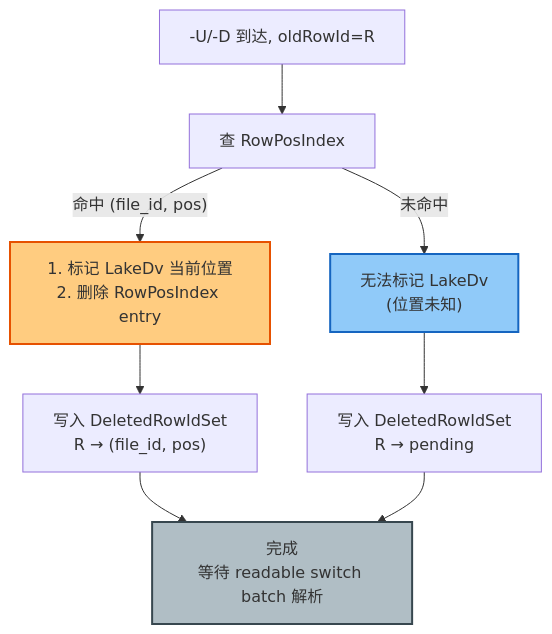
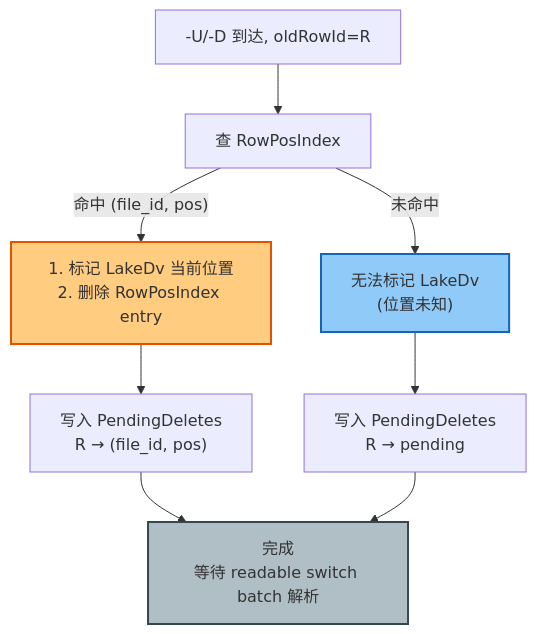
The eighth of 28 diagrams in design-doc/fluss-deletion-vector-overview-v2.md (luoyuxia/fluss), drawn with Mermaid before and after one commit. The commit also changed other lines of this file and 1 other file, not shown here.

````diff
--- a/design-doc/fluss-deletion-vector-overview-v2.md
+++ b/design-doc/fluss-deletion-vector-overview-v2.md
@@ -185,17 +183,17 @@
 ```mermaid
 flowchart TD
     Delete["-U/-D 到达, oldRowId=R"] --> Query["查 RowPosIndex"]
 
     Query -->|"命中 (file_id, pos)"| Hit["1. 标记 LakeDv 当前位置<br/>2. 删除 RowPosIndex entry"]
     Query -->|"未命中"| Miss["无法标记 LakeDv<br/>(位置未知)"]
 
-    Hit --> WriteHit["写入 DeletedRowIdSet<br/>R → (file_id, pos)"]
-    Miss --> WriteMiss["写入 DeletedRowIdSet<br/>R → pending"]
+    Hit --> WriteHit["写入 PendingDeletes<br/>R → (file_id, pos)"]
+    Miss --> WriteMiss["写入 PendingDeletes<br/>R → pending"]
 
     WriteHit --> Done["完成<br/>等待 readable switch batch 解析"]
     WriteMiss --> Done
 
     style Hit fill:#ffcc80,stroke:#e65100,stroke-width:2px,color:#333
     style Miss fill:#90caf9,stroke:#1565c0,stroke-width:2px,color:#333
     style Done fill:#b0bec5,stroke:#37474f,stroke-width:2px,color:#333
 ```
````
